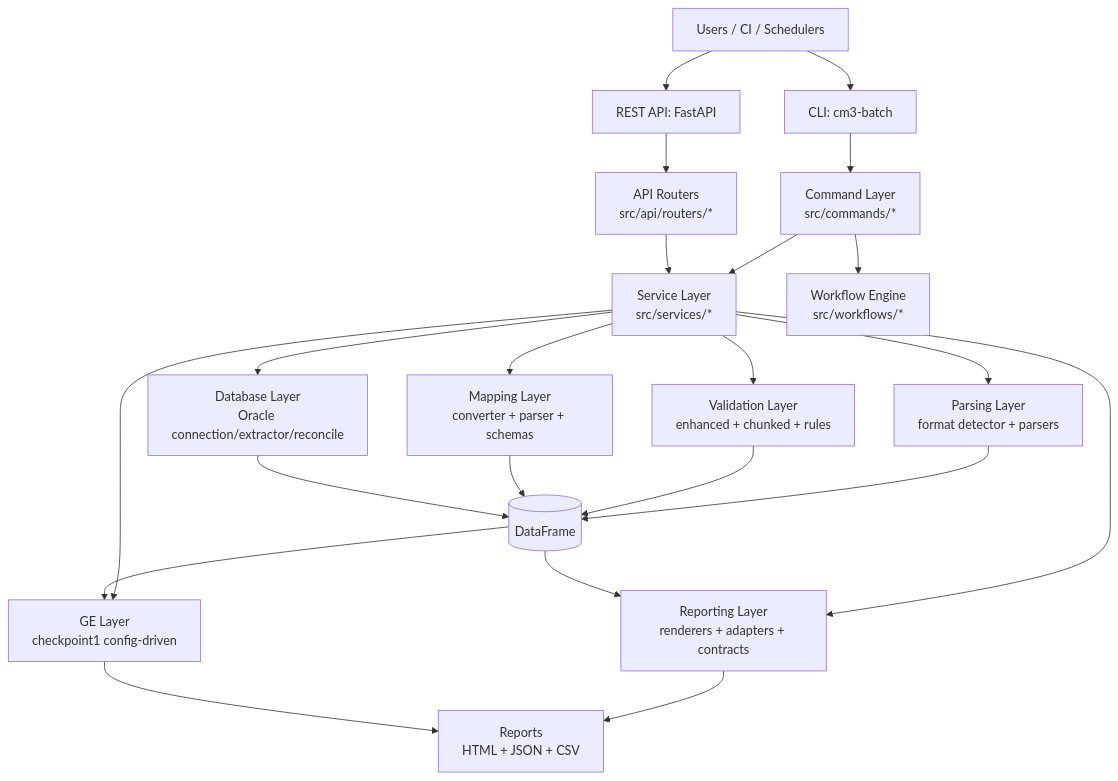
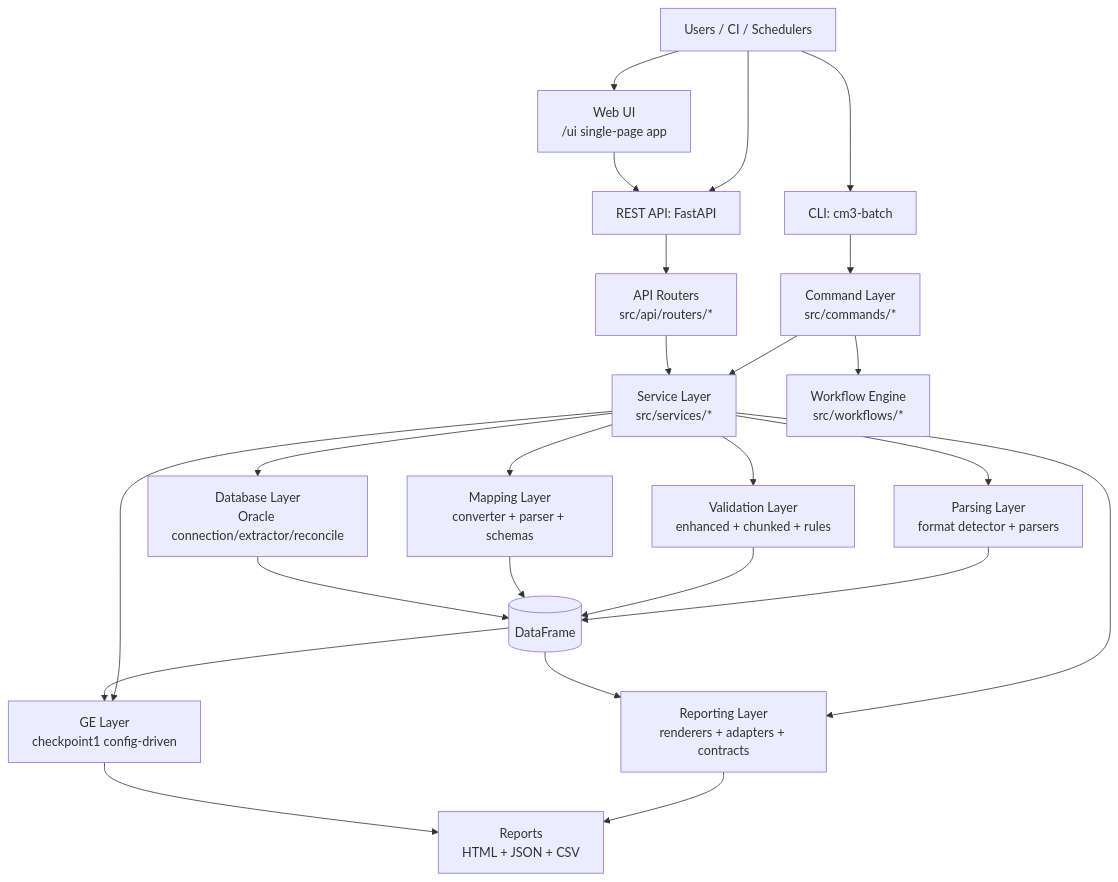
Before and after one commit to buddy-k23/valdo: the first of 2 diagrams in docs/architecture.md, drawn with Mermaid. The commit also changed other lines of this file and 8 other files, not shown here.

````diff
--- a/docs/architecture.md
+++ b/docs/architecture.md
@@ -5,30 +5,32 @@
 ```mermaid
 flowchart TD
     U[Users / CI / Schedulers] --> C[CLI: cm3-batch]
     U --> A[REST API: FastAPI]
+    U --> WEB[Web UI\n/ui single-page app]
+    WEB --> A
 
     C --> CMDS[Command Layer\nsrc/commands/*]
     A --> API[API Routers\nsrc/api/routers/*]
 
     CMDS --> SVCS[Service Layer\nsrc/services/*]
     API --> SVCS
 
     CMDS --> WF[Workflow Engine\nsrc/workflows/*]
 
     SVCS --> P[Parsing Layer\nformat detector + parsers]
     SVCS --> V[Validation Layer\nenhanced + chunked + rules]
     SVCS --> M[Mapping Layer\nconverter + parser + schemas]
     SVCS --> D[Database Layer\nOracle connection/extractor/reconcile]
     SVCS --> R[Reporting Layer\nrenderers + adapters + contracts]
     SVCS --> G[GE Layer\ncheckpoint1 config-driven]
 
     P --> DF[(DataFrame)]
     V --> DF
     M --> DF
     D --> DF
     DF --> R
     DF --> G
 
     R --> OUT[Reports\nHTML + JSON + CSV]
     G --> OUT
 ```
````
